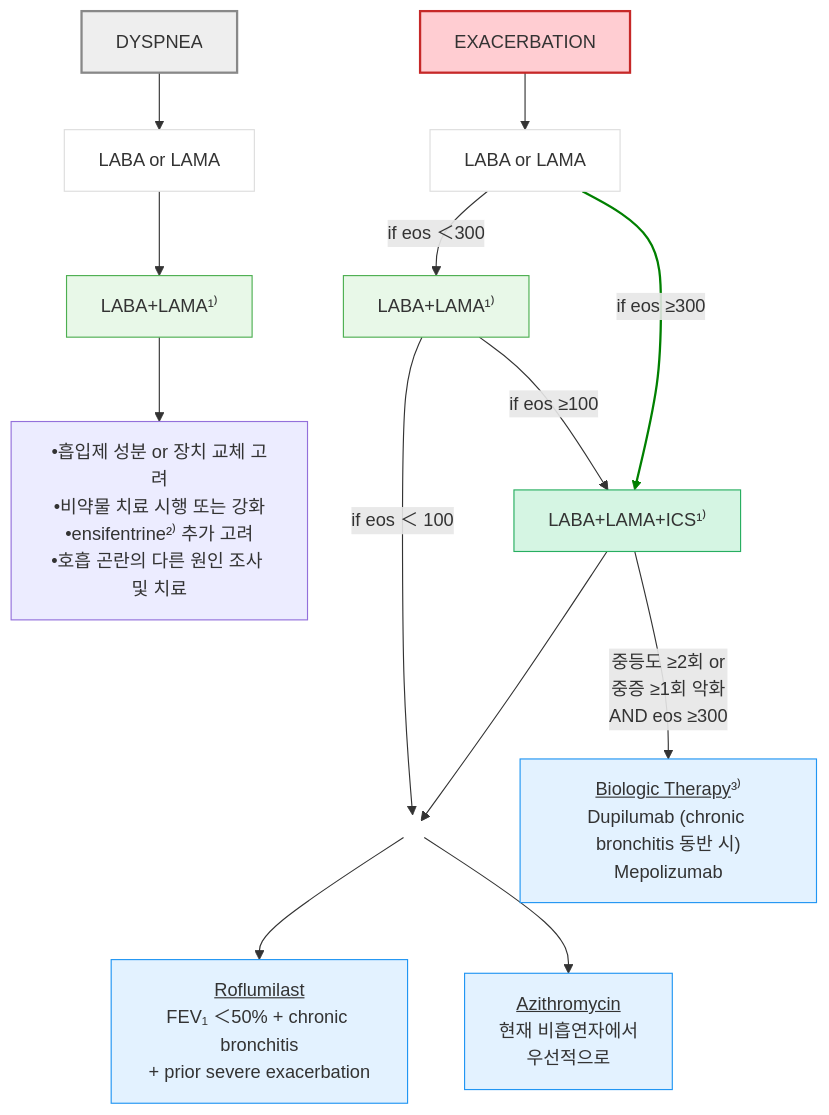
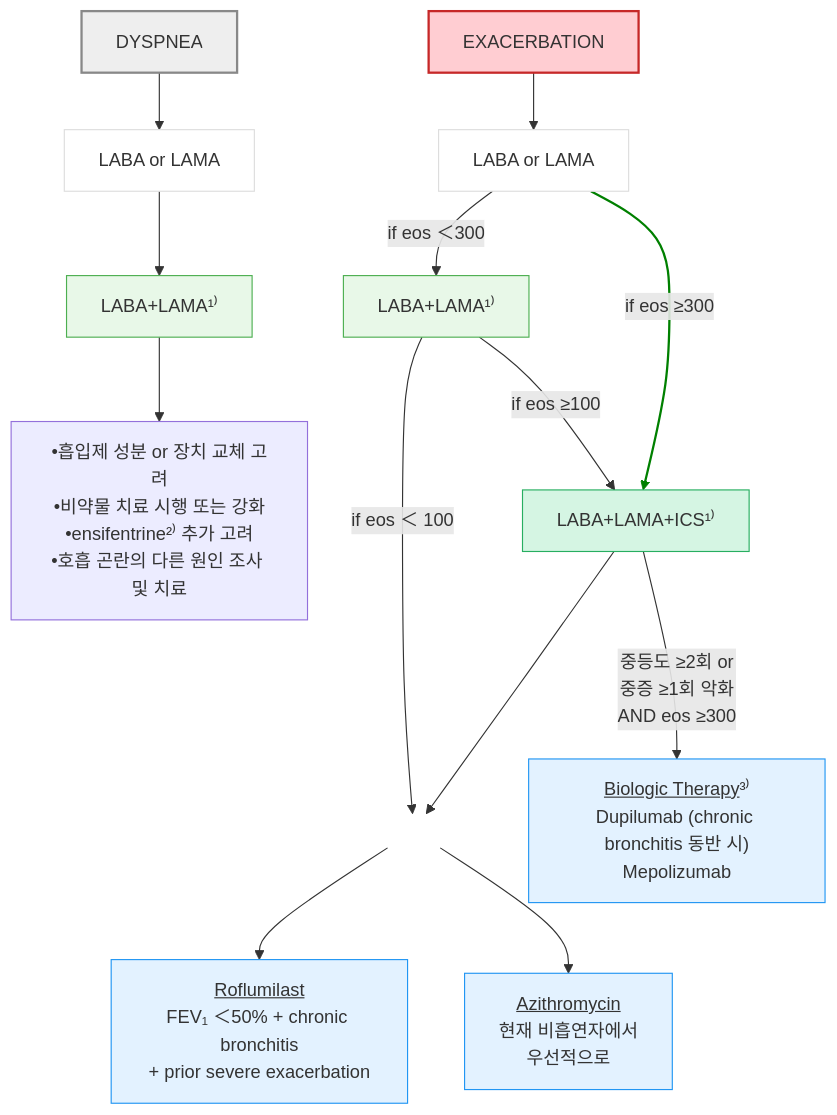
The first of 3 diagrams in 223_/072_-copd.md (familyoh77/familyoh77), drawn with Mermaid before and after one commit. The commit also changed other lines of this file, not shown here.

````diff
--- a/223_/072_-copd.md
+++ b/223_/072_-copd.md
@@ -420,35 +435,35 @@
 ```mermaid
 graph TD
 %% DYSPNEA pathway
-D0[DYSPNEA] --> D1[LABA or LAMA]
+D0["DYSPNEA"] --> D1["LABA or LAMA"]
     D1 --> D2["LABA+LAMA¹⁾"]
     D2 --> D3["•흡입제 성분 or 장치 교체 고려<br/>•비약물 치료 시행 또는 강화<br/>•ensifentrine²⁾ 추가 고려<br/>•호흡 곤란의 다른 원인 조사 및 치료"]
 
 %% EXACERBATION pathway (중등도 또는 중증 악화 ≥1회/년)
-E0[EXACERBATION] --> E1[LABA or LAMA]
+E0["EXACERBATION"] --> E1["LABA or LAMA"]
 
     E2 -- "if eos ≥100" --> E3
     E1 -- "if eos ＜300" --> E2["LABA+LAMA¹⁾"]
     E1 -- "if eos ≥300" --> E3["LABA+LAMA+ICS¹⁾"]    
 
     
-    E2 -- "if eos ＜ 100" --> E4{ }
+    E2 -- "if eos ＜ 100" --> E4[" "]
     E3 --> E4
     
     E4 --> E5["<u>Roflumilast</u><br/>FEV₁ ＜50% + chronic bronchitis<br/>+ prior severe exacerbation"]
     E4 --> E6["<u>Azithromycin</u><br/>현재 비흡연자에서<br/>우선적으로"]
     E3 -- "중등도 ≥2회 or<br/>중증 ≥1회 악화<br/>AND eos ≥300"--> E7["<u>Biologic Therapy</u>³⁾<br/>Dupilumab (chronic bronchitis 동반 시)<br/>Mepolizumab"]
 
 style D0 fill:#eeeeee,stroke:#888888,stroke-width:2px
 style D1 fill:#fff,stroke:#ddd
 style D2 fill:#e8f8e8,stroke:#4caf50
 style E0 fill:#ffcdd2,stroke:#c62828,stroke-width:2px
 style E1 fill:#fff,stroke:#ddd
 style E2 fill:#e8f8e8,stroke:#4caf50
 style E3 fill:#d5f5e3,stroke:#27ae60
 style E4 fill:none,stroke:none
 classDef sky fill:#e3f2ff,stroke:#2196f3
 class E5,E6,E7 sky
 
 linkStyle 6 stroke:green,stroke-width:2px;
 ```
````
